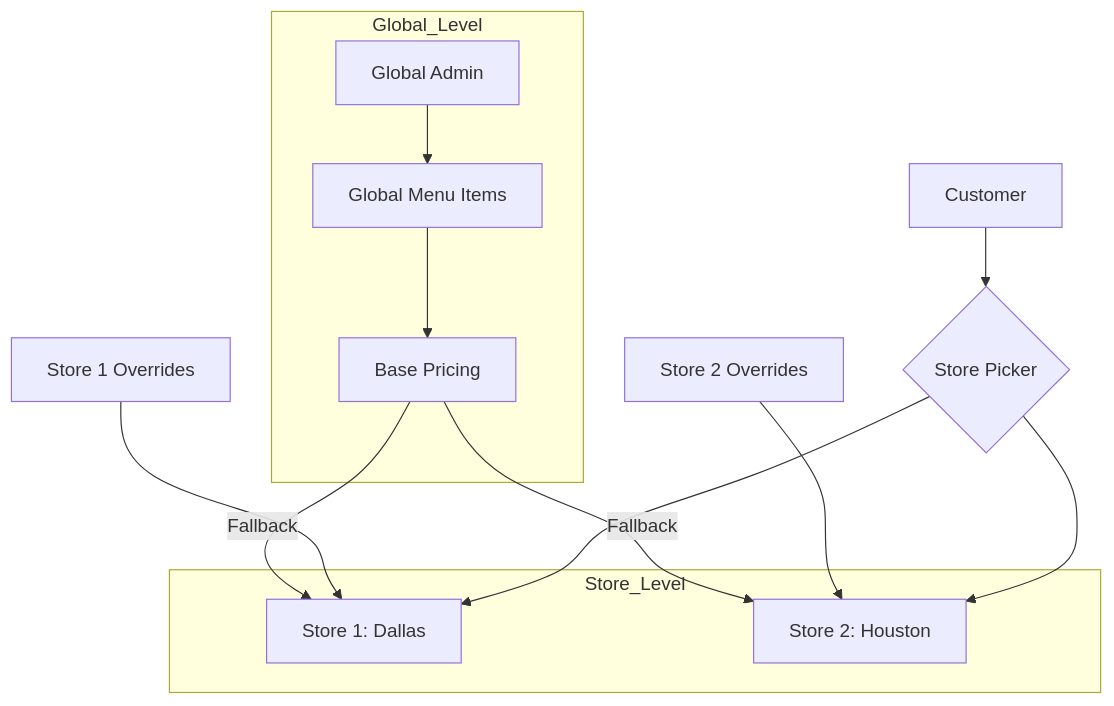
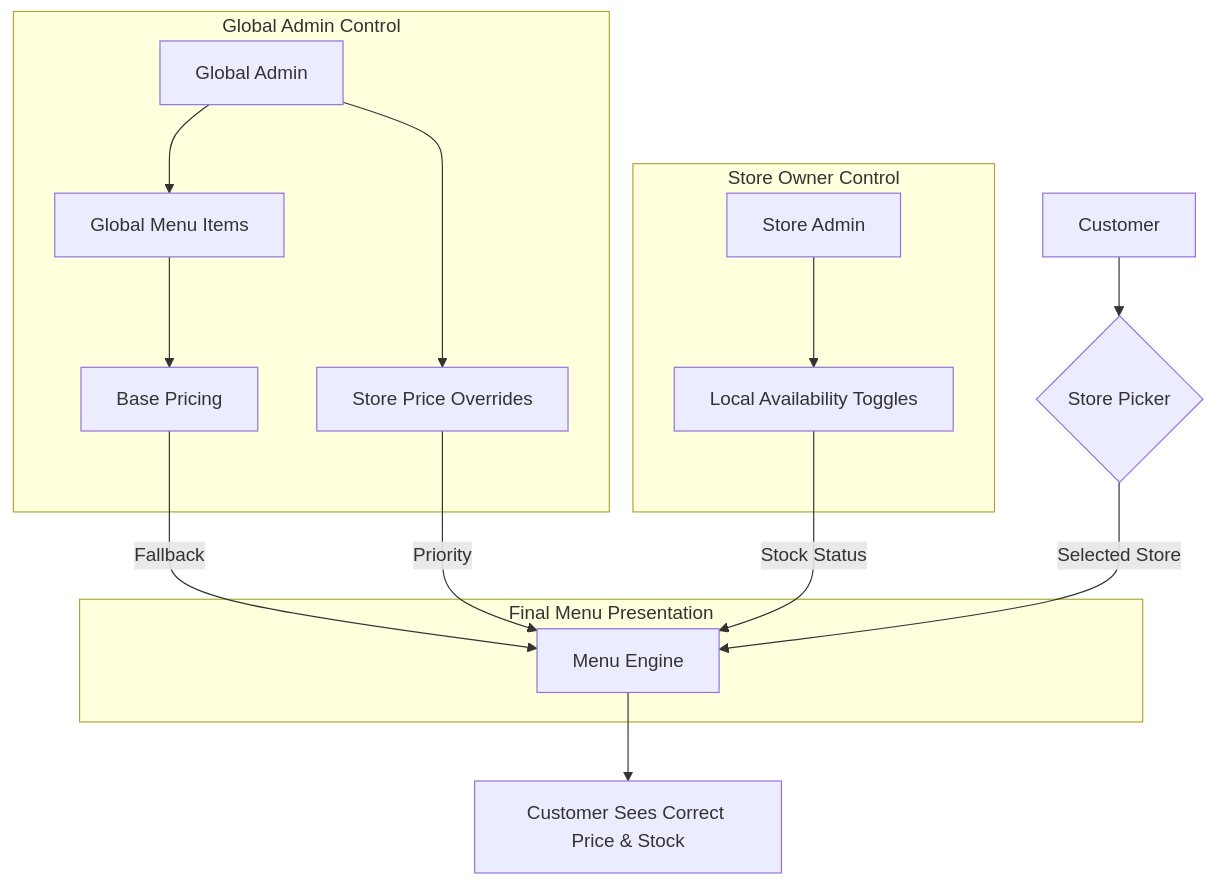
Before and after one commit to sunitsen/Flame-Japanese-Hibachi-FJH-readme.md: the diagram in Multi-Store System Design/README.md, drawn with Mermaid.

Commit message:
Update architecture diagram to clarify Admin vs Store Owner control

````diff
--- a/Multi-Store System Design/README.md
+++ b/Multi-Store System Design/README.md
@@ -7,22 +7,22 @@
 ```mermaid
 graph TD
-    subgraph Global_Level
+    subgraph Global_Control[Global Admin Control]
         GA[Global Admin] --> GM[Global Menu Items]
         GM --> GP[Base Pricing]
+        GA --> SPO[Store Price Overrides]
     end
 
-    subgraph Store_Level
-        S1[Store 1: Dallas]
-        S2[Store 2: Houston]
+    subgraph Store_Local[Store Owner Control]
+        SA[Store Admin] --> SAT[Local Availability Toggles]
     end
 
-    GP -- Fallback --> S1
-    GP -- Fallback --> S2
-
-    SO1[Store 1 Overrides] --> S1
-    SO2[Store 2 Overrides] --> S2
+    subgraph Menu_Resolution[Final Menu Presentation]
+        GP -- Fallback --> MR[Menu Engine]
+        SPO -- Priority --> MR
+        SAT -- Stock Status --> MR
+    end
 
     Customer --> SP{Store Picker}
-    SP --> S1
-    SP --> S2
+    SP -- Selected Store --> MR
+    MR --> View[Customer Sees Correct Price & Stock]
 ```
````
